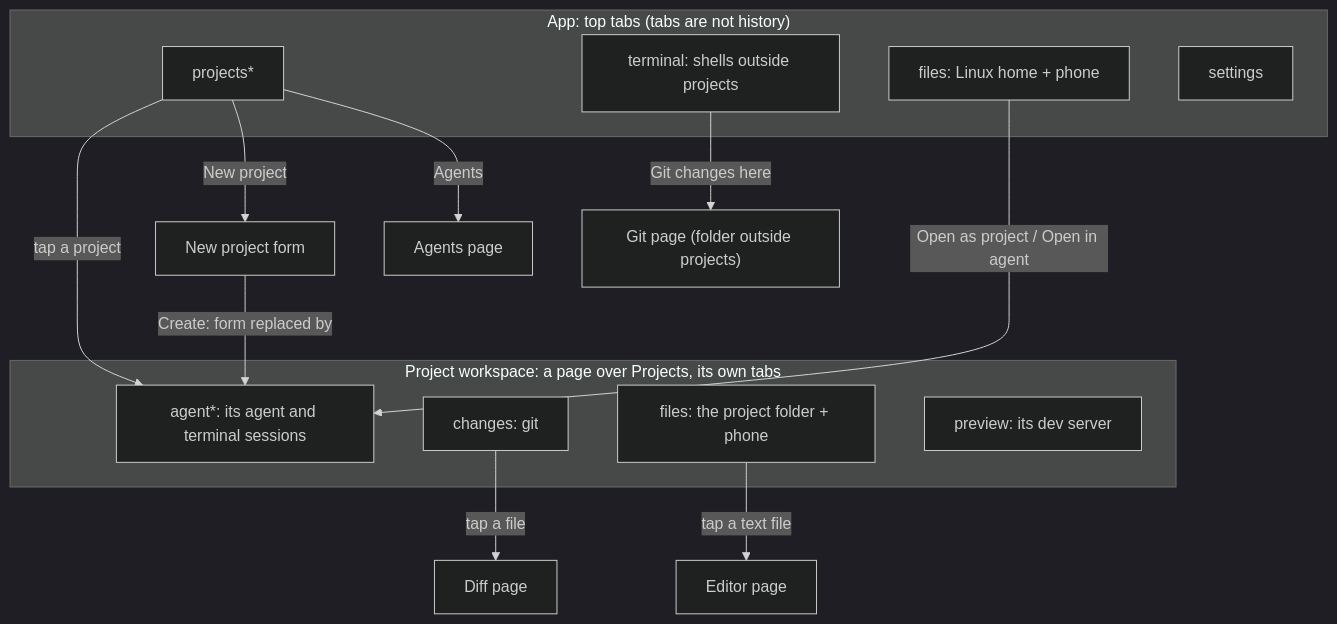
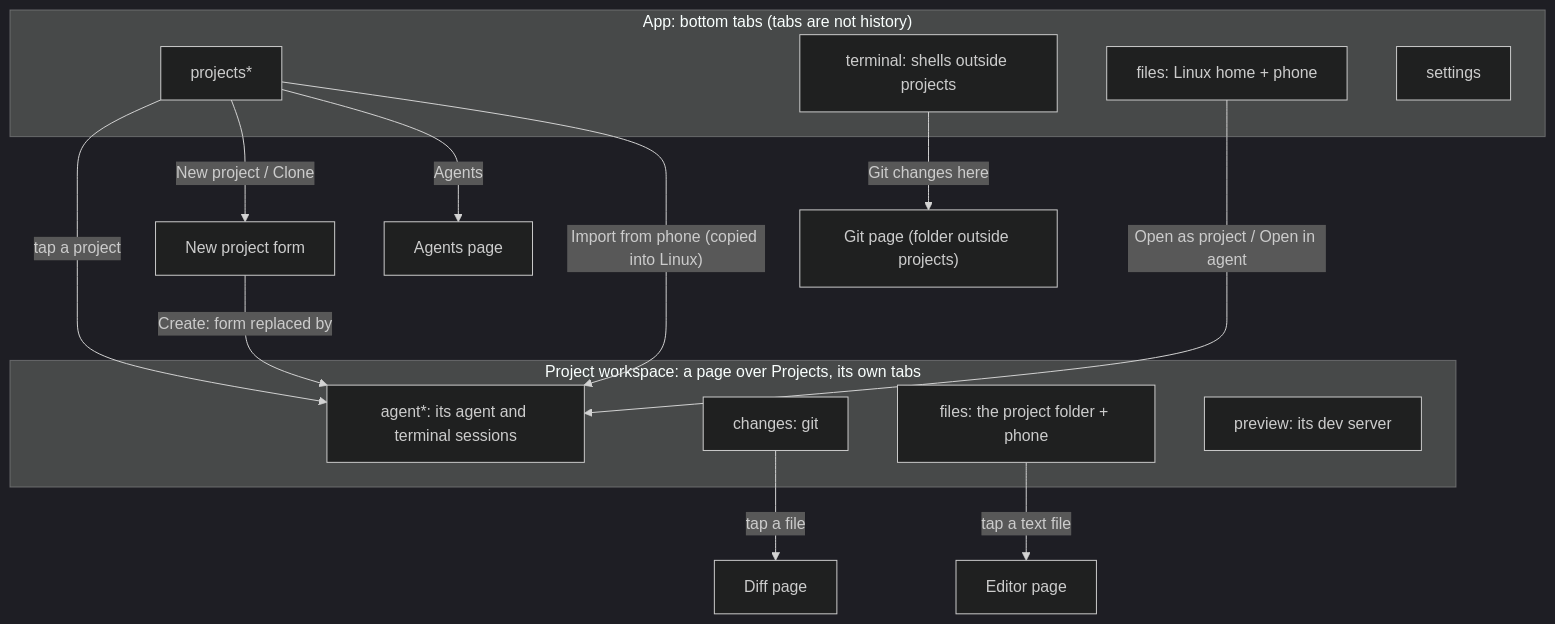
The eighth of 8 diagrams in docs/USERFLOW.md (arshan1019/aiterm), drawn with Mermaid (dark theme) before and after one commit. The commit also changed other lines of this file and 15 other files, not shown here.

First line of the commit message:
UX pass: bottom navigation, one-level Add project, fewer words

````diff
--- a/docs/USERFLOW.md
+++ b/docs/USERFLOW.md
@@ -207,23 +207,24 @@
 ```mermaid
 flowchart TB
-  subgraph Shell["App: top tabs (tabs are not history)"]
+  subgraph Shell["App: bottom tabs (tabs are not history)"]
     P["projects*"]
     T["terminal: shells outside projects"]
     F["files: Linux home + phone"]
     S["settings"]
   end
   subgraph WS["Project workspace: a page over Projects, its own tabs"]
     A["agent*: its agent and terminal sessions"]
     C["changes: git"]
     WF["files: the project folder + phone"]
     PV["preview: its dev server"]
   end
   P -->|"tap a project"| A
   C -->|"tap a file"| D["Diff page"]
   WF -->|"tap a text file"| E["Editor page"]
-  P -->|"New project"| N["New project form"]
+  P -->|"New project / Clone"| N["New project form"]
   N -->|"Create: form replaced by"| A
   P -->|"Agents"| AG["Agents page"]
   F -->|"Open as project / Open in agent"| A
+  P -->|"Import from phone (copied into Linux)"| A
   T -->|"Git changes here"| G["Git page (folder outside projects)"]
 ```
````
